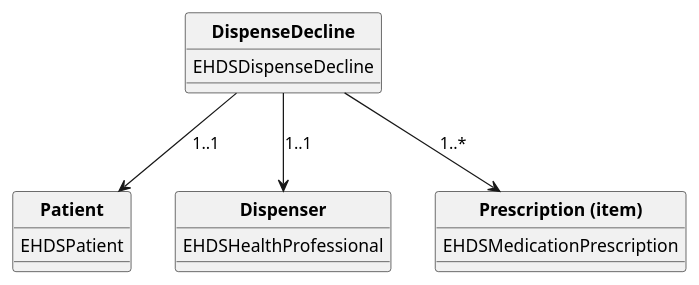
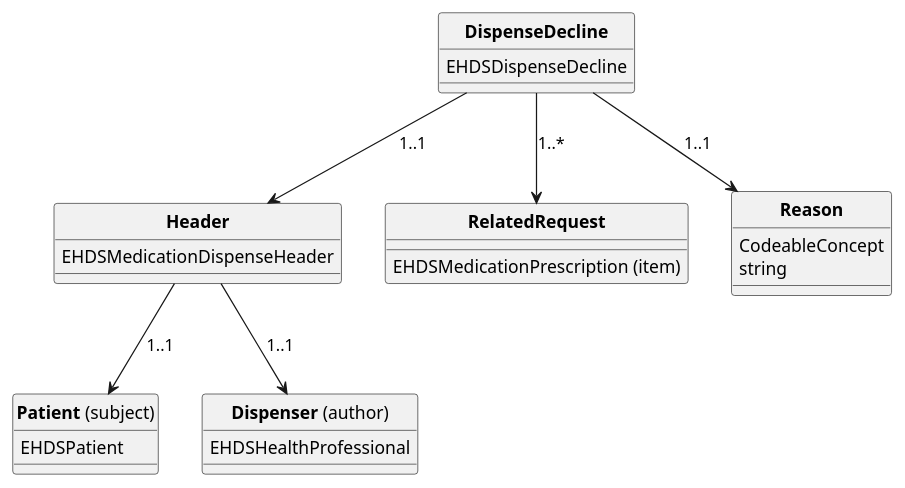
One commit to Xt-EHR/xt-ehr-common changed the diagram in input/images-source/dispenseDecline.plantuml. Above: the diagram before and after it, drawn with PlantUML. The commit also changed 3 other files, not shown here.

Commit message:
eP/eD diagram update

```diff
--- a/input/images-source/dispenseDecline.plantuml
+++ b/input/images-source/dispenseDecline.plantuml
@@ -1,31 +1,44 @@
 @startuml
 skinparam linetype polyline
 hide circle
 hide stereotype
 
 
 class "**DispenseDecline**" as eD{
   EHDSDispenseDecline
+
 }
 
-eD --> Patient: "1..1"
-eD --> Dispenser: "1..1"
+eD --> Header: "1..1"
 eD --> Item: "1..*"
+eD --> Reason: "1..1"
 
+class "**Header**" as Header{
+EHDSMedicationDispenseHeader
+}
 
-class "**Dispenser**" as Dispenser{
+Header --> Patient: "1..1"
+Header --> Dispenser: "1..1"
+
+class "**Dispenser** (author)" as Dispenser{
   EHDSHealthProfessional   
   
 }
 
-class "**Patient**" as Patient{
+class "**Patient** (subject)" as Patient{
   EHDSPatient   
 
 }
 
-class "**Prescription (item)**" as Item{ 
-  EHDSMedicationPrescription
+class "**Reason**" as Reason{
+  CodeableConcept
+  string
+
+}
+
+class "**RelatedRequest**" as Item{ 
+  EHDSMedicationPrescription (item)
 }
 
 
 @enduml
```
